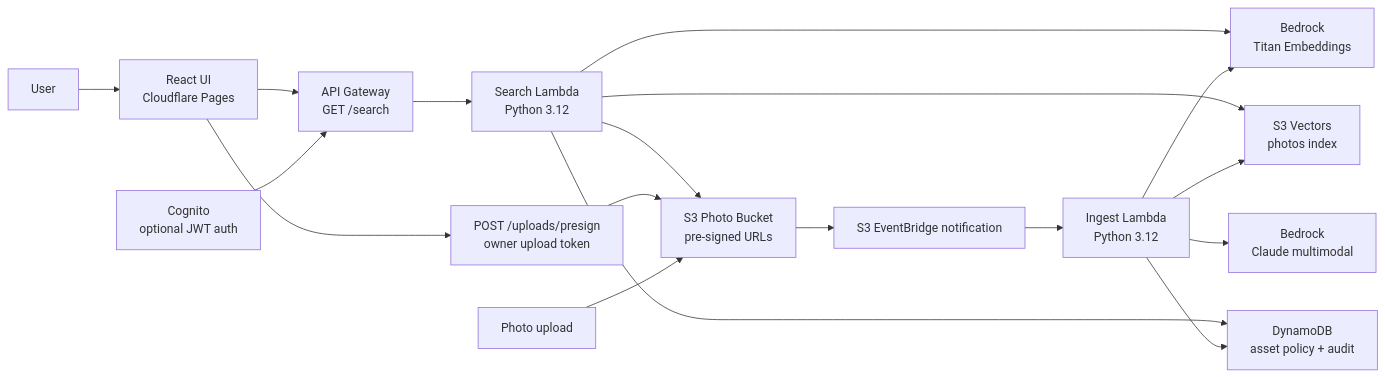
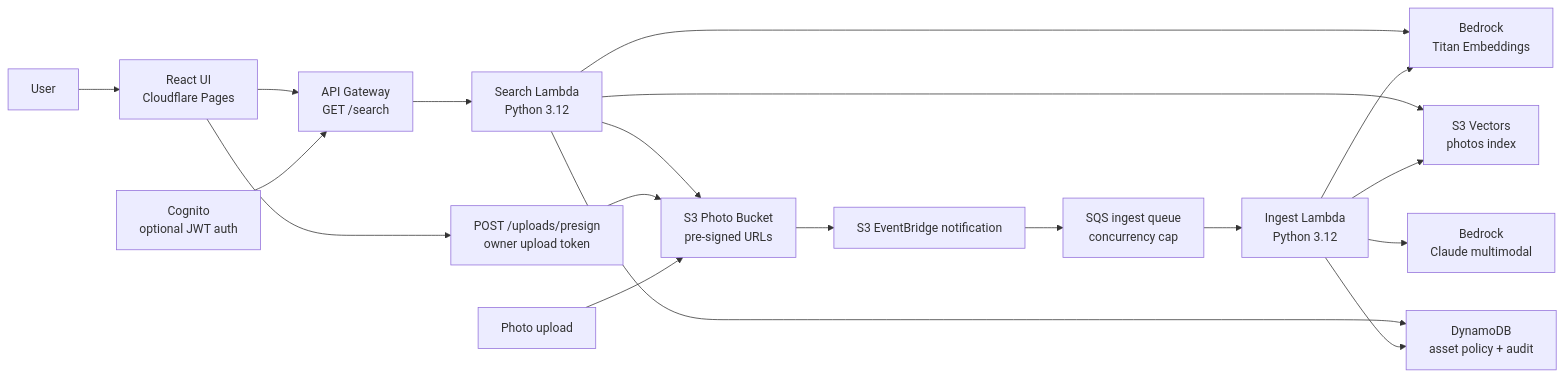
The diagram in README.md (manynames3/photoscribe-ai), drawn with Mermaid before and after one commit. The commit also changed other lines of this file and 15 other files, not shown here.

````diff
--- a/README.md
+++ b/README.md
@@ -90,21 +91,22 @@
 ```mermaid
 flowchart LR
     user["User"] --> ui["React UI<br/>Cloudflare Pages"]
     ui --> api["API Gateway<br/>GET /search"]
     api --> search["Search Lambda<br/>Python 3.12"]
     auth["Cognito<br/>optional JWT auth"] --> api
     search --> embed["Bedrock<br/>Titan Embeddings"]
     search --> vectors["S3 Vectors<br/>photos index"]
     search --> photos["S3 Photo Bucket<br/>pre-signed URLs"]
     search --> governance["DynamoDB<br/>asset policy + audit"]
     ui --> upload["POST /uploads/presign<br/>owner upload token"]
     upload --> photos
 
     uploader["Photo upload"] --> photos
     photos --> events["S3 EventBridge notification"]
-    events --> ingest["Ingest Lambda<br/>Python 3.12"]
+    events --> queue["SQS ingest queue<br/>concurrency cap"]
+    queue --> ingest["Ingest Lambda<br/>Python 3.12"]
     ingest --> claude["Bedrock<br/>Claude multimodal"]
     ingest --> embed
     ingest --> vectors
     ingest --> governance
 ```
````
